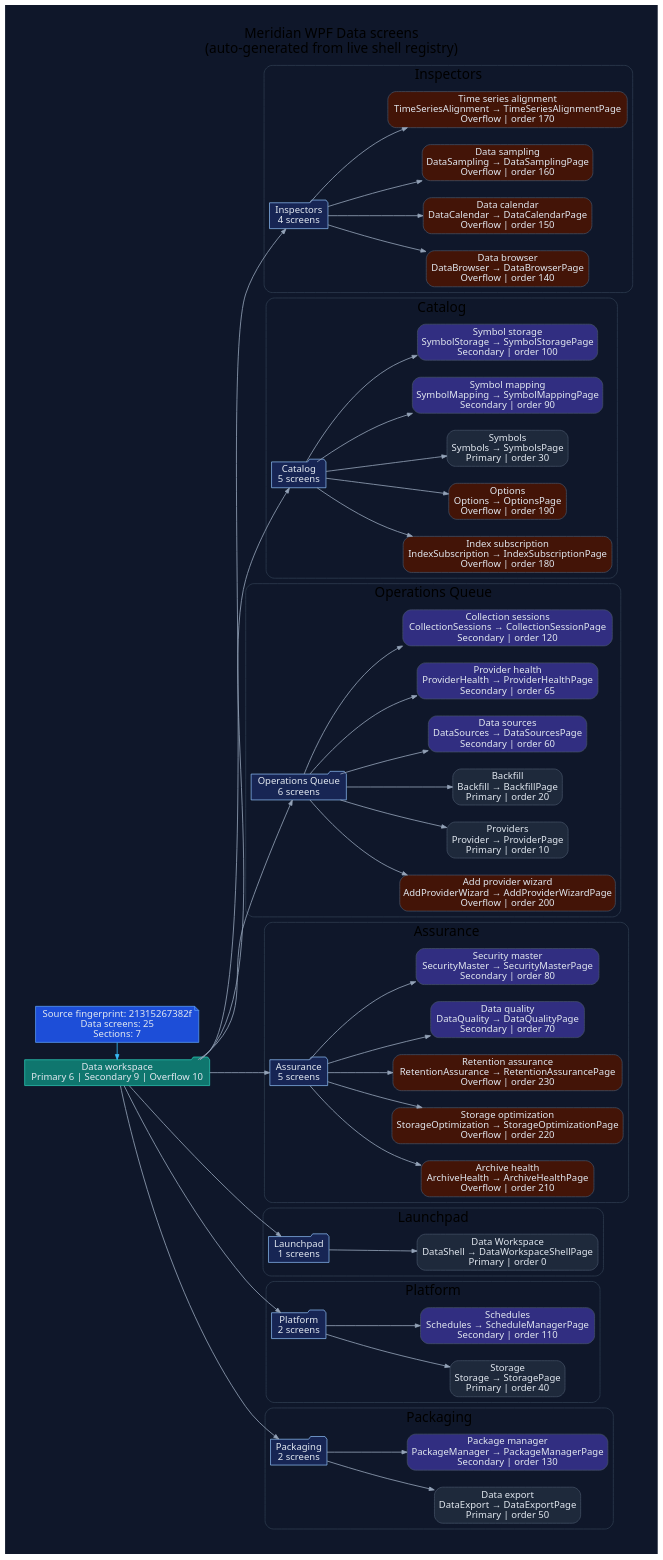
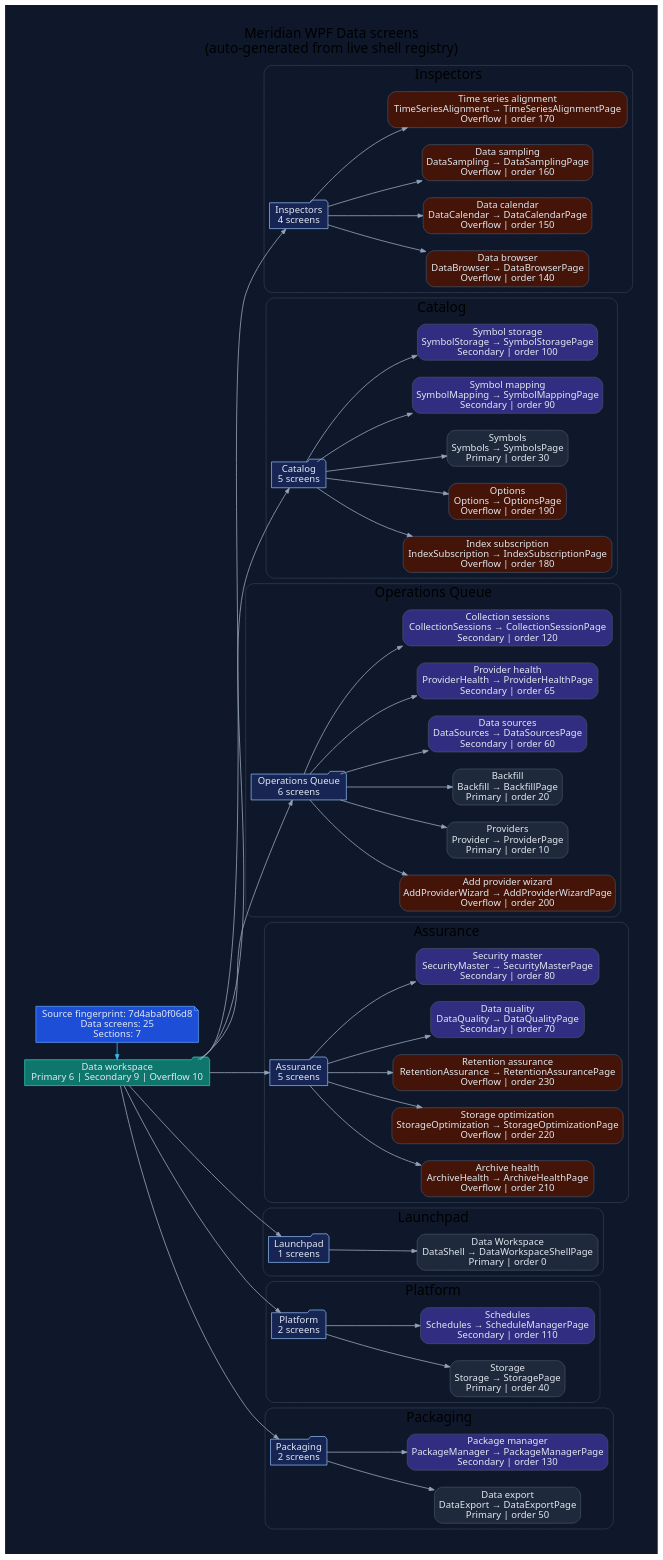
Before and after one commit to rodoHasArrived/Meridian-main: the diagram in docs/diagrams/ui/ui-wpf-screens-data.dot, drawn with Graphviz. The commit also changed 51 other files, not shown here.

```diff
--- a/docs/diagrams/ui/ui-wpf-screens-data.dot
+++ b/docs/diagrams/ui/ui-wpf-screens-data.dot
@@ -1,132 +1,132 @@
 // -----------------------------------------------------------------------------
 // <auto-generated>
 // Generated by scripts/generate-diagrams.mjs.
 // Do not edit this file directly; update the WPF source files instead.
 // -----------------------------------------------------------------------------
 digraph WpfDataScreens {
   graph [
     rankdir=LR,
     labelloc=t,
     label="Meridian WPF Data screens\n(auto-generated from live shell registry)",
     fontname="Segoe UI",
     fontsize=20,
     pad=0.4,
     nodesep=0.35,
     ranksep=0.85,
     bgcolor="#0f172a"
   ];
   node [fontname="Segoe UI", shape=box, style="rounded,filled", color="#475569", fontcolor="#e2e8f0", fillcolor="#1e293b"];
   edge [fontname="Segoe UI", color="#94a3b8", penwidth=1.2, arrowsize=0.75];
 
-  generated [shape=note, fillcolor="#1d4ed8", color="#60a5fa", label="Source fingerprint: 21315267382f\nData screens: 25\nSections: 7"];
+  generated [shape=note, fillcolor="#1d4ed8", color="#60a5fa", label="Source fingerprint: 7d4aba0f06d8\nData screens: 25\nSections: 7"];
   workspace [shape=folder, fillcolor="#0f766e", color="#2dd4bf", label="Data workspace\nPrimary 6 | Secondary 9 | Overflow 10"];
   generated -> workspace [color="#38bdf8"];
 
   subgraph cluster_section_1 {
     label="Inspectors";
     color="#334155";
     style="rounded";
     section_1 [shape=folder, fillcolor="#172554", color="#93c5fd", label="Inspectors\n4 screens"];
     workspace -> section_1;
     screen_DataBrowser [fillcolor="#431407", label="Data browser\nDataBrowser → DataBrowserPage\nOverflow | order 140"];
     section_1 -> screen_DataBrowser;
     screen_DataCalendar [fillcolor="#431407", label="Data calendar\nDataCalendar → DataCalendarPage\nOverflow | order 150"];
     section_1 -> screen_DataCalendar;
     screen_DataSampling [fillcolor="#431407", label="Data sampling\nDataSampling → DataSamplingPage\nOverflow | order 160"];
     section_1 -> screen_DataSampling;
     screen_TimeSeriesAlignment [fillcolor="#431407", label="Time series alignment\nTimeSeriesAlignment → TimeSeriesAlignmentPage\nOverflow | order 170"];
     section_1 -> screen_TimeSeriesAlignment;
   }
 
   subgraph cluster_section_2 {
     label="Catalog";
     color="#334155";
     style="rounded";
     section_2 [shape=folder, fillcolor="#172554", color="#93c5fd", label="Catalog\n5 screens"];
     workspace -> section_2;
     screen_IndexSubscription [fillcolor="#431407", label="Index subscription\nIndexSubscription → IndexSubscriptionPage\nOverflow | order 180"];
     section_2 -> screen_IndexSubscription;
     screen_Options [fillcolor="#431407", label="Options\nOptions → OptionsPage\nOverflow | order 190"];
     section_2 -> screen_Options;
     screen_Symbols [fillcolor="#1e293b", label="Symbols\nSymbols → SymbolsPage\nPrimary | order 30"];
     section_2 -> screen_Symbols;
     screen_SymbolMapping [fillcolor="#312e81", label="Symbol mapping\nSymbolMapping → SymbolMappingPage\nSecondary | order 90"];
     section_2 -> screen_SymbolMapping;
     screen_SymbolStorage [fillcolor="#312e81", label="Symbol storage\nSymbolStorage → SymbolStoragePage\nSecondary | order 100"];
     section_2 -> screen_SymbolStorage;
   }
 
   subgraph cluster_section_3 {
     label="Operations Queue";
     color="#334155";
     style="rounded";
     section_3 [shape=folder, fillcolor="#172554", color="#93c5fd", label="Operations Queue\n6 screens"];
     workspace -> section_3;
     screen_AddProviderWizard [fillcolor="#431407", label="Add provider wizard\nAddProviderWizard → AddProviderWizardPage\nOverflow | order 200"];
     section_3 -> screen_AddProviderWizard;
     screen_Provider [fillcolor="#1e293b", label="Providers\nProvider → ProviderPage\nPrimary | order 10"];
     section_3 -> screen_Provider;
     screen_Backfill [fillcolor="#1e293b", label="Backfill\nBackfill → BackfillPage\nPrimary | order 20"];
     section_3 -> screen_Backfill;
     screen_DataSources [fillcolor="#312e81", label="Data sources\nDataSources → DataSourcesPage\nSecondary | order 60"];
     section_3 -> screen_DataSources;
     screen_ProviderHealth [fillcolor="#312e81", label="Provider health\nProviderHealth → ProviderHealthPage\nSecondary | order 65"];
     section_3 -> screen_ProviderHealth;
     screen_CollectionSessions [fillcolor="#312e81", label="Collection sessions\nCollectionSessions → CollectionSessionPage\nSecondary | order 120"];
     section_3 -> screen_CollectionSessions;
   }
 
   subgraph cluster_section_4 {
     label="Assurance";
     color="#334155";
     style="rounded";
     section_4 [shape=folder, fillcolor="#172554", color="#93c5fd", label="Assurance\n5 screens"];
     workspace -> section_4;
     screen_ArchiveHealth [fillcolor="#431407", label="Archive health\nArchiveHealth → ArchiveHealthPage\nOverflow | order 210"];
     section_4 -> screen_ArchiveHealth;
     screen_StorageOptimization [fillcolor="#431407", label="Storage optimization\nStorageOptimization → StorageOptimizationPage\nOverflow | order 220"];
     section_4 -> screen_StorageOptimization;
     screen_RetentionAssurance [fillcolor="#431407", label="Retention assurance\nRetentionAssurance → RetentionAssurancePage\nOverflow | order 230"];
     section_4 -> screen_RetentionAssurance;
     screen_DataQuality [fillcolor="#312e81", label="Data quality\nDataQuality → DataQualityPage\nSecondary | order 70"];
     section_4 -> screen_DataQuality;
     screen_SecurityMaster [fillcolor="#312e81", label="Security master\nSecurityMaster → SecurityMasterPage\nSecondary | order 80"];
     section_4 -> screen_SecurityMaster;
   }
 
   subgraph cluster_section_5 {
     label="Launchpad";
     color="#334155";
     style="rounded";
     section_5 [shape=folder, fillcolor="#172554", color="#93c5fd", label="Launchpad\n1 screens"];
     workspace -> section_5;
     screen_DataShell [fillcolor="#1e293b", label="Data Workspace\nDataShell → DataWorkspaceShellPage\nPrimary | order 0"];
     section_5 -> screen_DataShell;
   }
 
   subgraph cluster_section_6 {
     label="Platform";
     color="#334155";
     style="rounded";
     section_6 [shape=folder, fillcolor="#172554", color="#93c5fd", label="Platform\n2 screens"];
     workspace -> section_6;
     screen_Storage [fillcolor="#1e293b", label="Storage\nStorage → StoragePage\nPrimary | order 40"];
     section_6 -> screen_Storage;
     screen_Schedules [fillcolor="#312e81", label="Schedules\nSchedules → ScheduleManagerPage\nSecondary | order 110"];
     section_6 -> screen_Schedules;
   }
 
   subgraph cluster_section_7 {
     label="Packaging";
     color="#334155";
     style="rounded";
     section_7 [shape=folder, fillcolor="#172554", color="#93c5fd", label="Packaging\n2 screens"];
     workspace -> section_7;
     screen_DataExport [fillcolor="#1e293b", label="Data export\nDataExport → DataExportPage\nPrimary | order 50"];
     section_7 -> screen_DataExport;
     screen_PackageManager [fillcolor="#312e81", label="Package manager\nPackageManager → PackageManagerPage\nSecondary | order 130"];
     section_7 -> screen_PackageManager;
   }
 
   { rank=min; generated; workspace; }
 }
```
